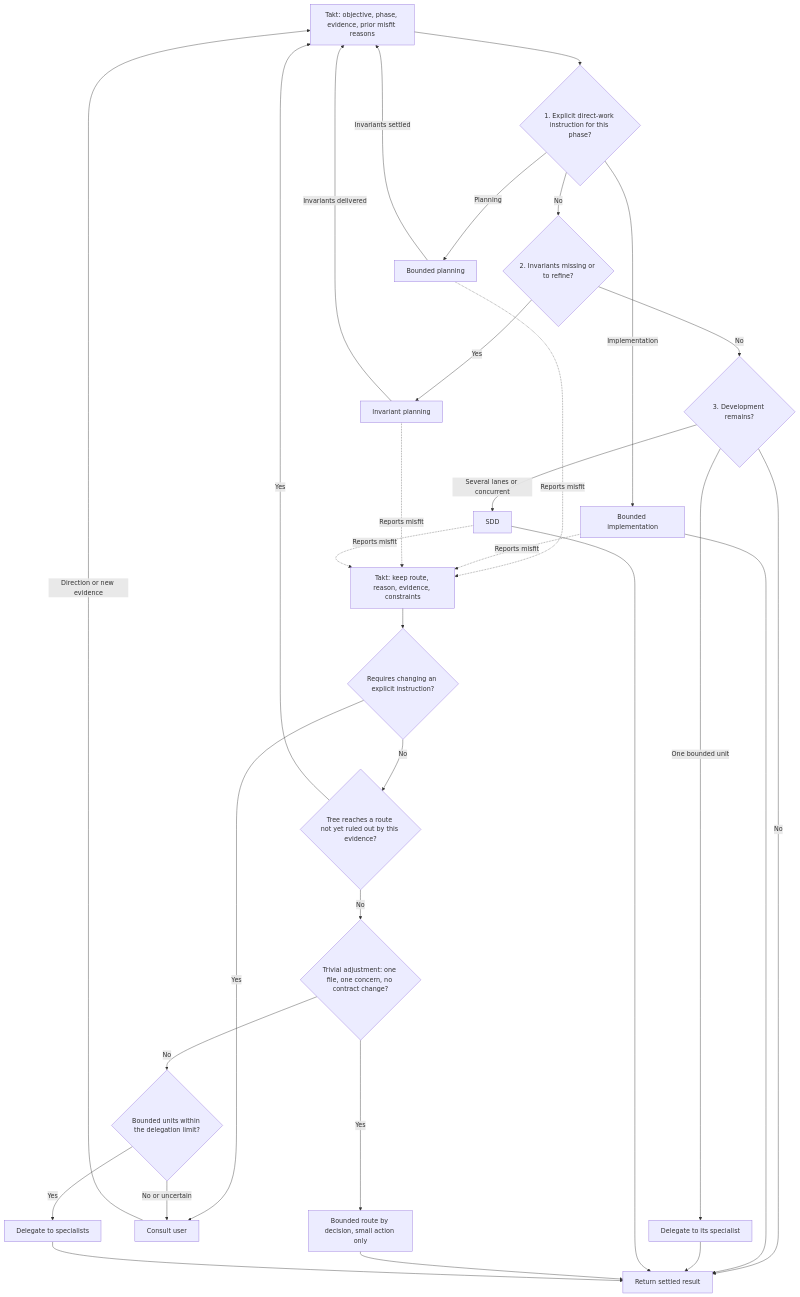
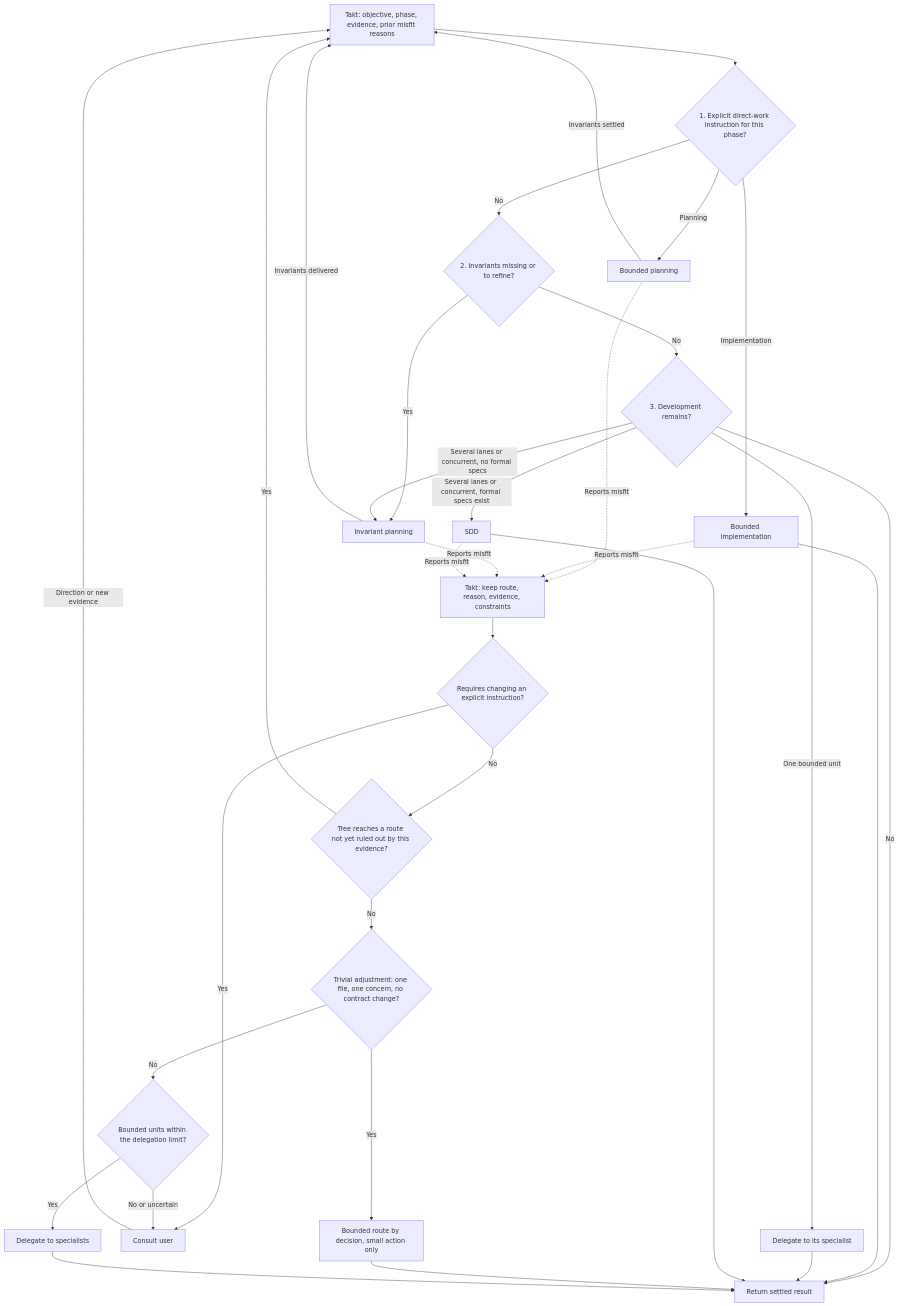
Before and after one commit to rou-cru/takt-ai: the diagram in product/meta-harness/orchestration/WORKFLOW_SELECTION.md, drawn with Mermaid. The commit also changed other lines of this file and 17 other files, not shown here.

First line of the commit message:
feat(orchestration): require formal specs before SDD and fit the DAG view to the viewport (#50)

````diff
--- a/product/meta-harness/orchestration/WORKFLOW_SELECTION.md
+++ b/product/meta-harness/orchestration/WORKFLOW_SELECTION.md
@@ -33,36 +33,37 @@
 ```mermaid
 flowchart TD
     Start["Takt: objective, phase, evidence, prior misfit reasons"] --> Order{"1. Explicit direct-work instruction for this phase?"}
     Order -->|Planning| BP["Bounded planning"]
     Order -->|Implementation| BW["Bounded implementation"]
     Order -->|No| Gaps{"2. Invariants missing or to refine?"}
     Gaps -->|Yes| IP["Invariant planning"]
     Gaps -->|No| Dev{"3. Development remains?"}
     Dev -->|One bounded unit| Unit["Delegate to its specialist"]
-    Dev -->|Several lanes or concurrent| SDD["SDD"]
+    Dev -->|Several lanes or concurrent, formal specs exist| SDD["SDD"]
+    Dev -->|Several lanes or concurrent, no formal specs| IP
     Dev -->|No| Complete["Return settled result"]
 
     IP -->|Invariants delivered| Start
     BP -->|Invariants settled| Start
     BW --> Complete
     Unit --> Complete
     SDD --> Complete
 
     BP -.->|Reports misfit| Return
     BW -.->|Reports misfit| Return
     IP -.->|Reports misfit| Return
     SDD -.->|Reports misfit| Return
 
     Return["Takt: keep route, reason, evidence, constraints"] --> Conflict{"Requires changing an explicit instruction?"}
     Conflict -->|Yes| Ask["Consult user"]
     Conflict -->|No| Fresh{"Tree reaches a route not yet ruled out by this evidence?"}
     Fresh -->|Yes| Start
     Fresh -->|No| Trivial{"Trivial adjustment: one file, one concern, no contract change?"}
     Trivial -->|Yes| Direct["Bounded route by decision, small action only"]
     Trivial -->|No| Light{"Bounded units within the delegation limit?"}
     Light -->|Yes| Specialists["Delegate to specialists"]
     Light -->|No or uncertain| Ask
     Ask -->|Direction or new evidence| Start
     Direct --> Complete
     Specialists --> Complete
 ```
````
